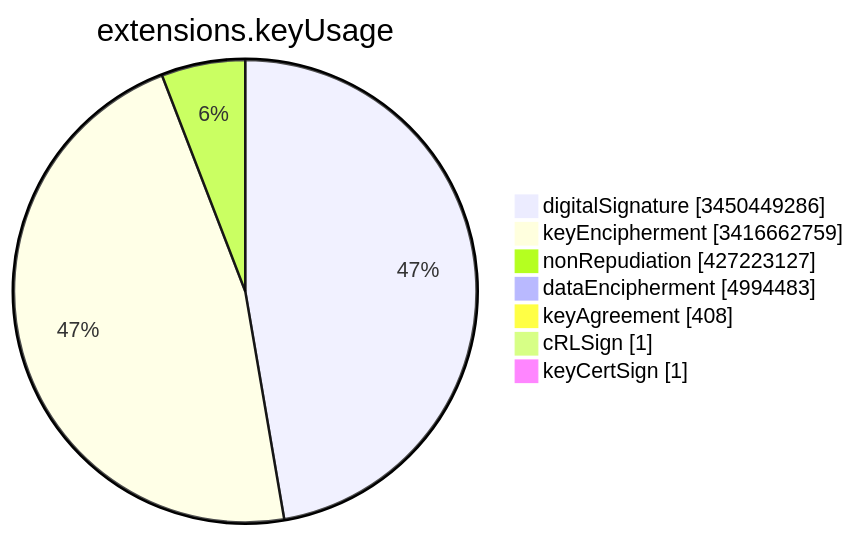
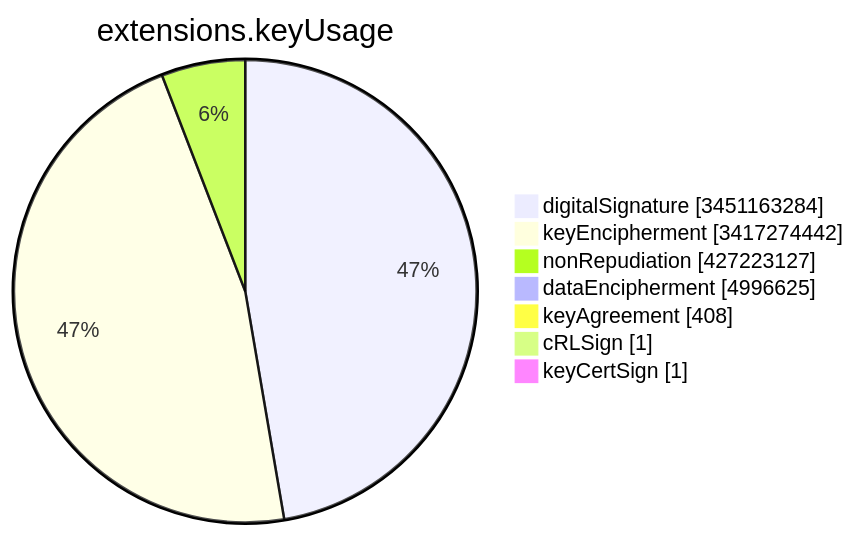
The sixth of 15 diagrams in TOTAL/README.md (christiankrug/ctmonitor_visualization), drawn with Mermaid before and after one commit. The commit also changed other lines of this file, not shown here.

````diff
--- a/TOTAL/README.md
+++ b/TOTAL/README.md
@@ -3082,11 +3082,11 @@
 ```mermaid
 pie showData
 title extensions.keyUsage
-"digitalSignature" :3450449286
-"keyEncipherment" :3416662759
+"digitalSignature" :3451163284
+"keyEncipherment" :3417274442
 "nonRepudiation" :427223127
-"dataEncipherment" :4994483
+"dataEncipherment" :4996625
 "keyAgreement" :408
 "cRLSign" :1
 "keyCertSign" :1
 ```
````
